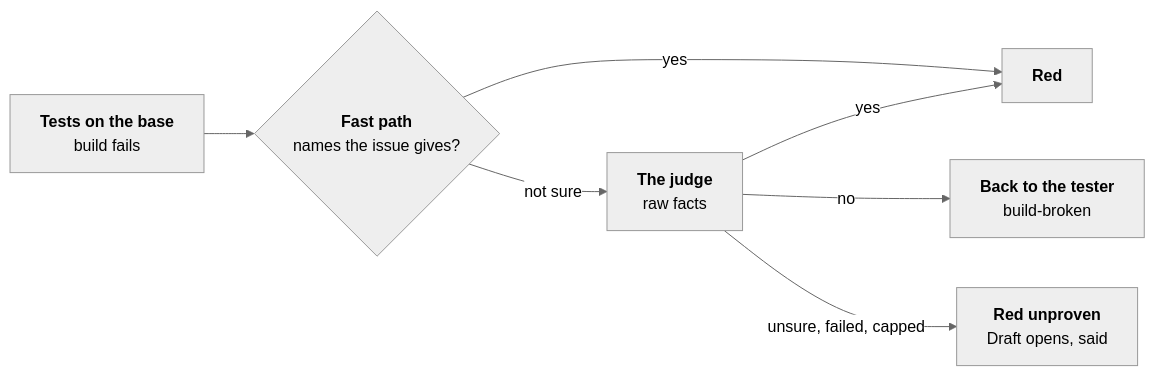
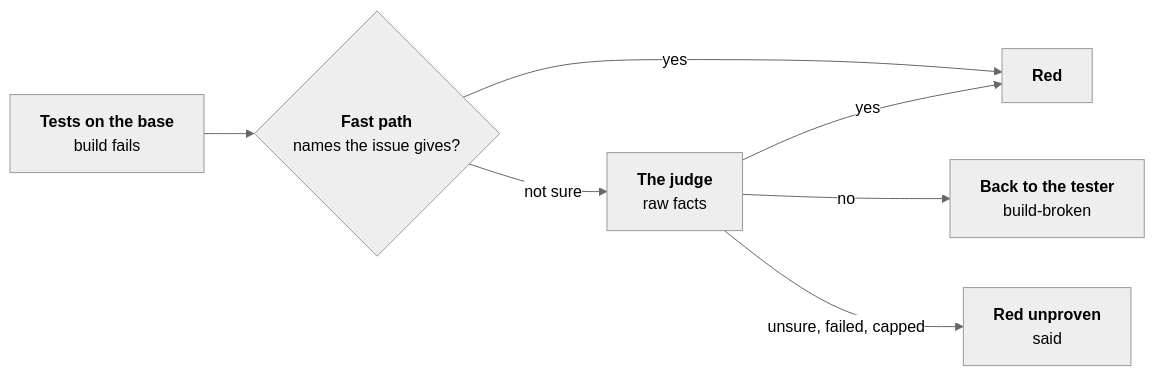
One commit to JN0V/workline changed the diagram in roles/tester/docs/missing-name.md. Above: the diagram before and after it, drawn with Mermaid (neutral theme). The commit also changed other lines of this file and 55 other files, not shown here.

````diff
--- a/roles/tester/docs/missing-name.md
+++ b/roles/tester/docs/missing-name.md
@@ -15,15 +24,15 @@
 ```mermaid
 flowchart LR
   run["<b>Tests on the base</b><br/>build fails"]
   fast{"<b>Fast path</b><br/>names the issue gives?"}
   judge["<b>The judge</b><br/>raw facts"]
   red["<b>Red</b>"]
-  unproven["<b>Red unproven</b><br/>Draft opens, said"]
+  unproven["<b>Red unproven</b><br/>said"]
   block["<b>Back to the tester</b><br/>build-broken"]
   run --> fast
   fast -- "yes" --> red
   fast -- "not sure" --> judge
   judge -- "yes" --> red
   judge -- "no" --> block
   judge -- "unsure, failed, capped" --> unproven
 ```
````
